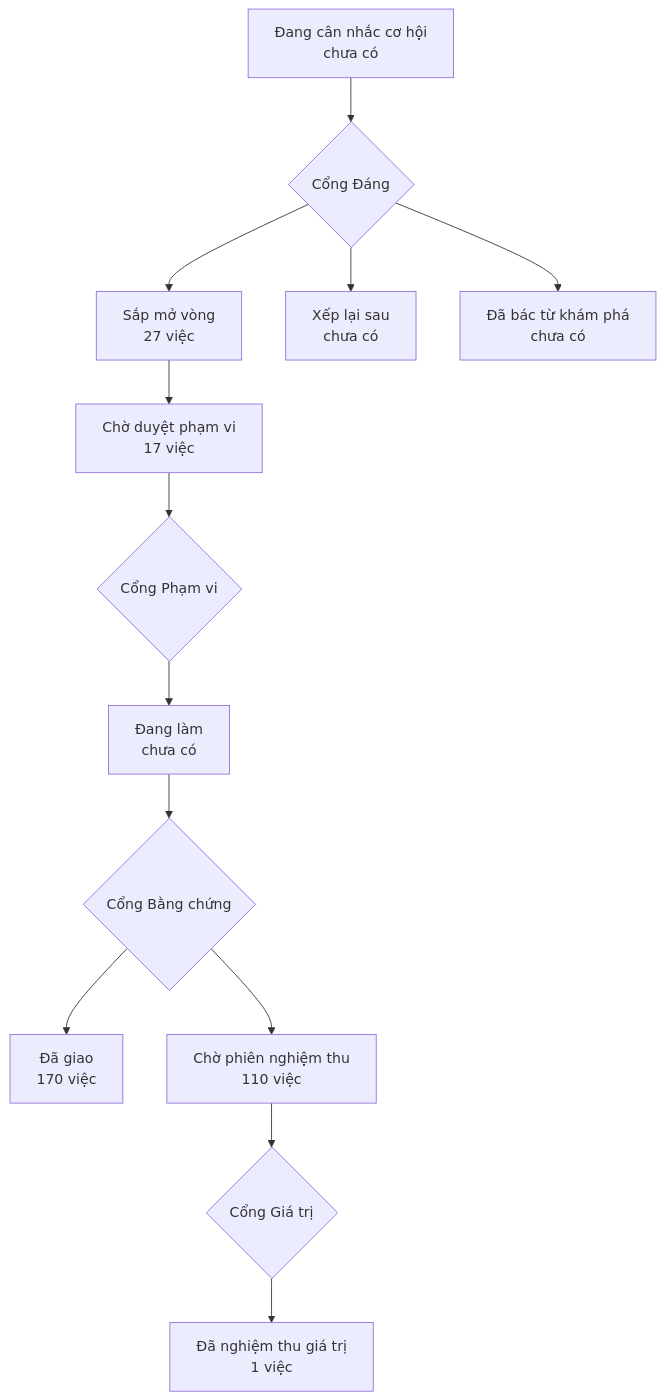
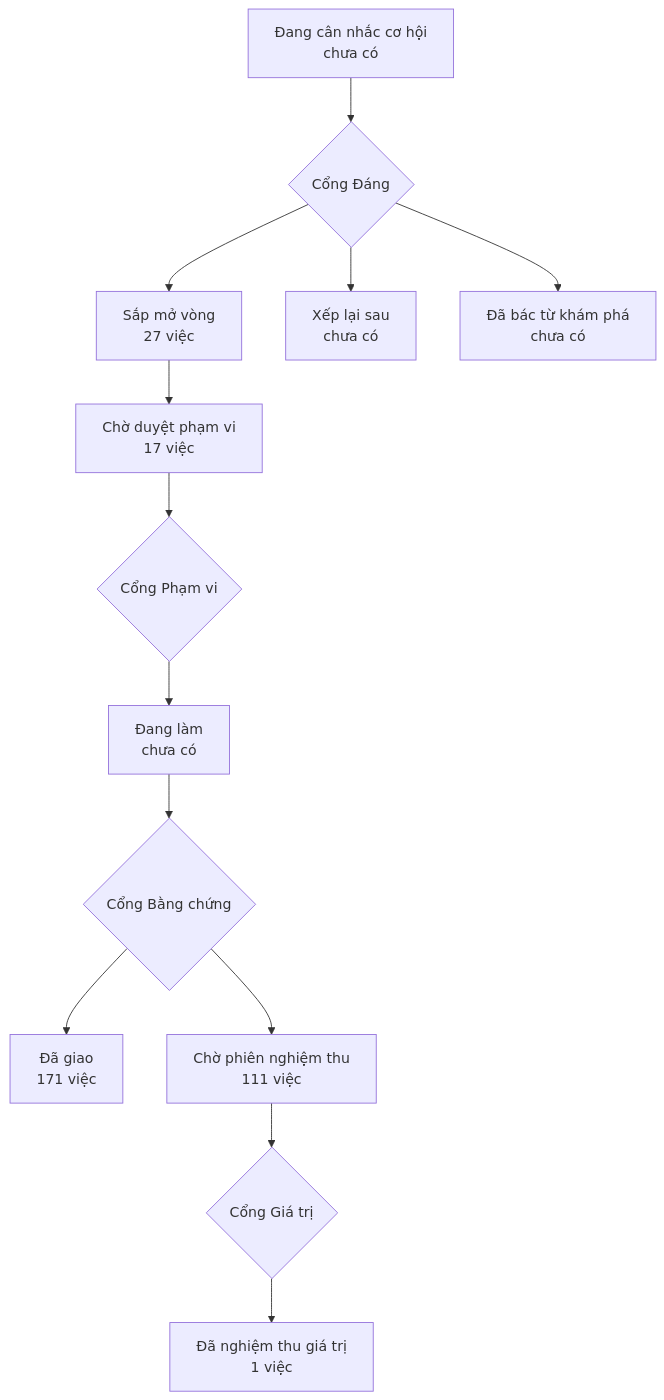
Before and after one commit to phanlemanh/onehub-invest: the diagram in PRODUCT-MAP.md, drawn with Mermaid. The commit also changed other lines of this file and 1 other file, not shown here.

Commit message:
docs(acceptance): so-lenh-bo-ap — vẽ lại bản đồ sau khi gộp main

````diff
--- a/PRODUCT-MAP.md
+++ b/PRODUCT-MAP.md
@@ -7,12 +7,12 @@
 ```mermaid
 flowchart TD
   A["Đang cân nhắc cơ hội<br/>chưa có"] --> GD{"Cổng Đáng"}
   GD --> B["Sắp mở vòng<br/>27 việc"]
   GD --> XL["Xếp lại sau<br/>chưa có"]
   GD --> DB["Đã bác từ khám phá<br/>chưa có"]
   B --> CD["Chờ duyệt phạm vi<br/>17 việc"] --> GP{"Cổng Phạm vi"}
   GP --> DL["Đang làm<br/>chưa có"] --> GB{"Cổng Bằng chứng"}
-  GB --> DG["Đã giao<br/>170 việc"]
-  GB --> CN["Chờ phiên nghiệm thu<br/>110 việc"] --> GG{"Cổng Giá trị"}
+  GB --> DG["Đã giao<br/>171 việc"]
+  GB --> CN["Chờ phiên nghiệm thu<br/>111 việc"] --> GG{"Cổng Giá trị"}
   GG --> NT["Đã nghiệm thu giá trị<br/>1 việc"]
 ```
````
